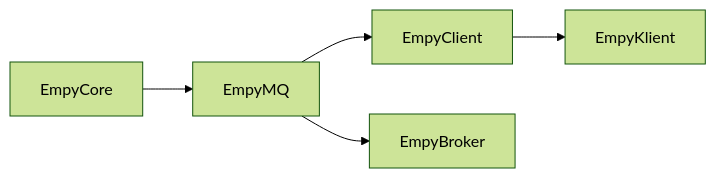
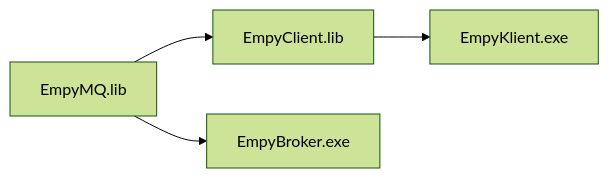
Before and after one commit to Madsycode/eMQ: the diagram in README.md, drawn with Mermaid (forest theme). The commit also changed other lines of this file and 34 other files, not shown here.

````diff
--- a/README.md
+++ b/README.md
@@ -23,7 +22,6 @@
 ```mermaid
 flowchart LR
-    Core[EmpyCore] --> MQ[EmpyMQ]
-    MQ --> Client[EmpyClient]
-    MQ --> Broker[EmpyBroker]
-    Client --> Example[EmpyKlient]
+    MQ[EmpyMQ.lib] --> Client[EmpyClient.lib]
+    MQ --> Broker[EmpyBroker.exe]
+    Client --> Example[EmpyKlient.exe]
 ```
````
